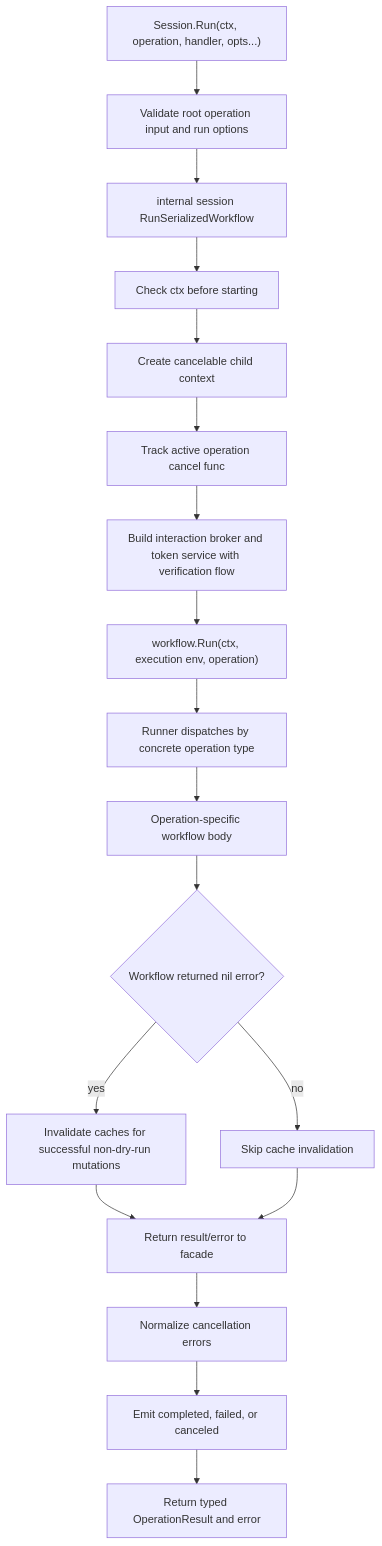
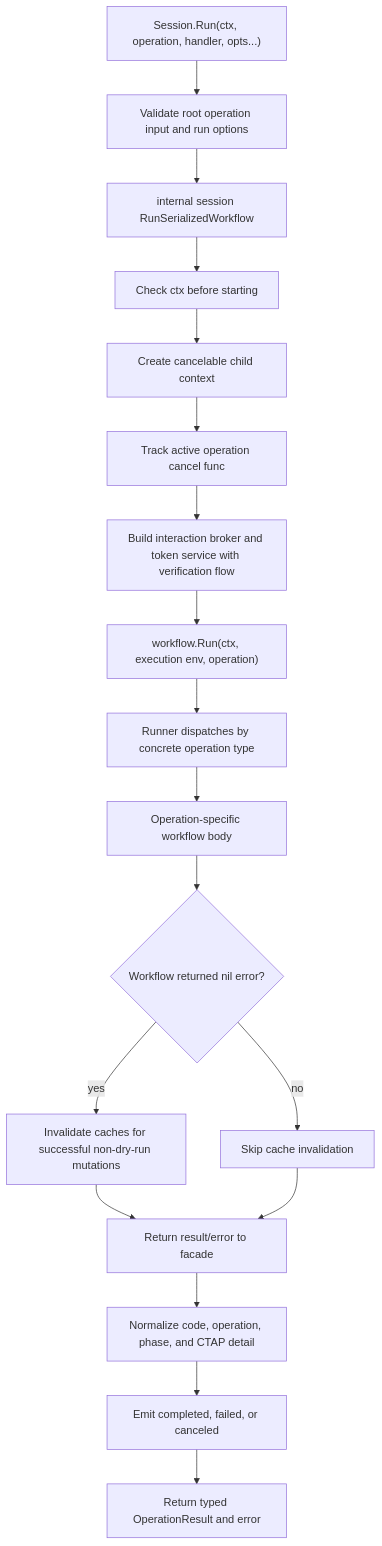
The second of 5 diagrams in docs/current-runtime-flows.md (go-ctap/kit), drawn with Mermaid before and after one commit. The commit also changed other lines of this file and 99 other files, not shown here.

````diff
--- a/docs/current-runtime-flows.md
+++ b/docs/current-runtime-flows.md
@@ -89,20 +88,20 @@
 ```mermaid
 flowchart TD
   A["Session.Run(ctx, operation, handler, opts...)"] --> B["Validate root operation input and run options"]
   B --> D["internal session RunSerializedWorkflow"]
   D --> E["Check ctx before starting"]
   E --> F["Create cancelable child context"]
   F --> G["Track active operation cancel func"]
   G --> H["Build interaction broker and token service with verification flow"]
   H --> I["workflow.Run(ctx, execution env, operation)"]
   I --> J["Runner dispatches by concrete operation type"]
   J --> K["Operation-specific workflow body"]
   K --> L{"Workflow returned nil error?"}
   L -->|yes| M["Invalidate caches for successful non-dry-run mutations"]
   L -->|no| N["Skip cache invalidation"]
   M --> O["Return result/error to facade"]
   N --> O
-  O --> P["Normalize cancellation errors"]
+  O --> P["Normalize code, operation, phase, and CTAP detail"]
   P --> Q["Emit completed, failed, or canceled"]
   Q --> R["Return typed OperationResult and error"]
 ```
````
